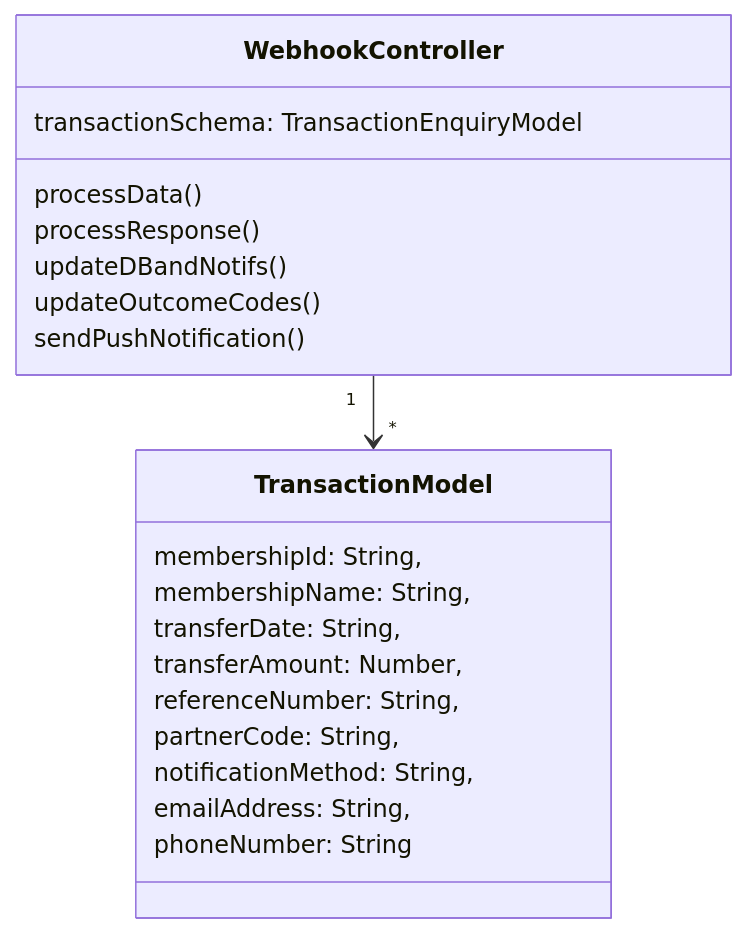
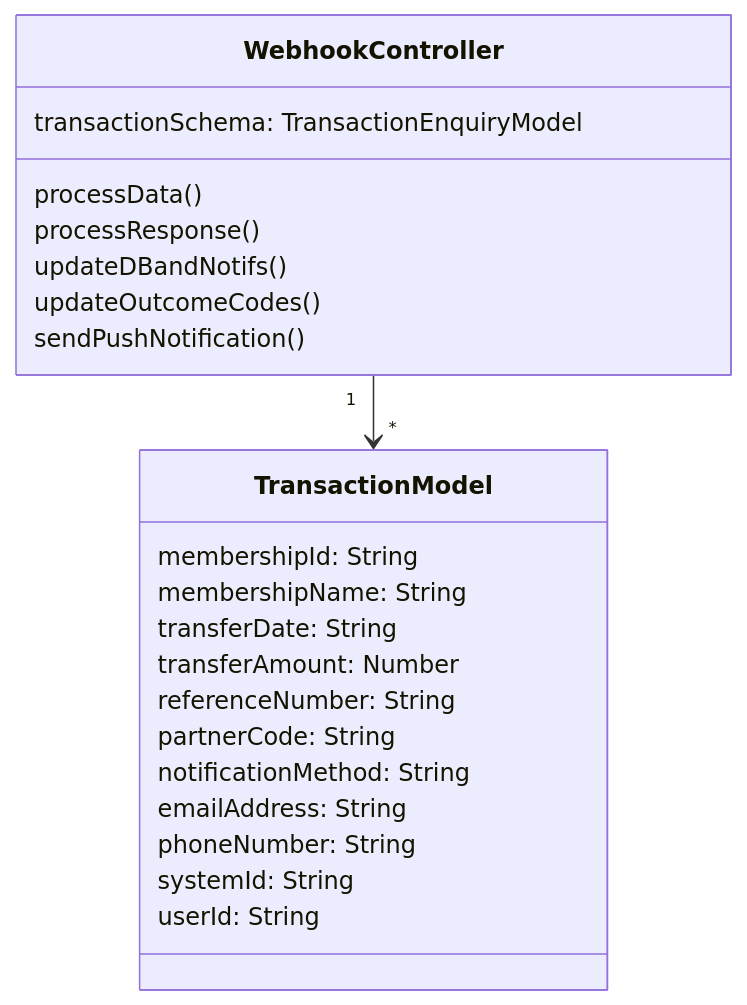
The fifth of 16 diagrams in UML Class Diagrams/mvcClass.md (Sean2309/50.003_ESC_Project), drawn with Mermaid before and after one commit. The commit also changed other lines of this file and 10 other files, not shown here.

Commit message:
chore: updated use case diagrams

````diff
--- a/UML Class Diagrams/mvcClass.md
+++ b/UML Class Diagrams/mvcClass.md
@@ -176,27 +201,29 @@
 ```mermaid
 classDiagram
 class WebhookController 
 WebhookController "1" --> "*" TransactionModel
 
 
 class WebhookController{
     transactionSchema: TransactionEnquiryModel
     processData()
     processResponse()
     updateDBandNotifs()
     updateOutcomeCodes()
     sendPushNotification()
 }
 
 class TransactionModel{
-  membershipId: String,
-  membershipName: String,
-  transferDate: String,
-  transferAmount: Number,
-  referenceNumber: String,
-  partnerCode: String,
-  notificationMethod: String,
-  emailAddress: String,
+  membershipId: String
+  membershipName: String
+  transferDate: String
+  transferAmount: Number
+  referenceNumber: String
+  partnerCode: String
+  notificationMethod: String
+  emailAddress: String
   phoneNumber: String
+  systemId: String
+  userId: String
 }
 ```
````
